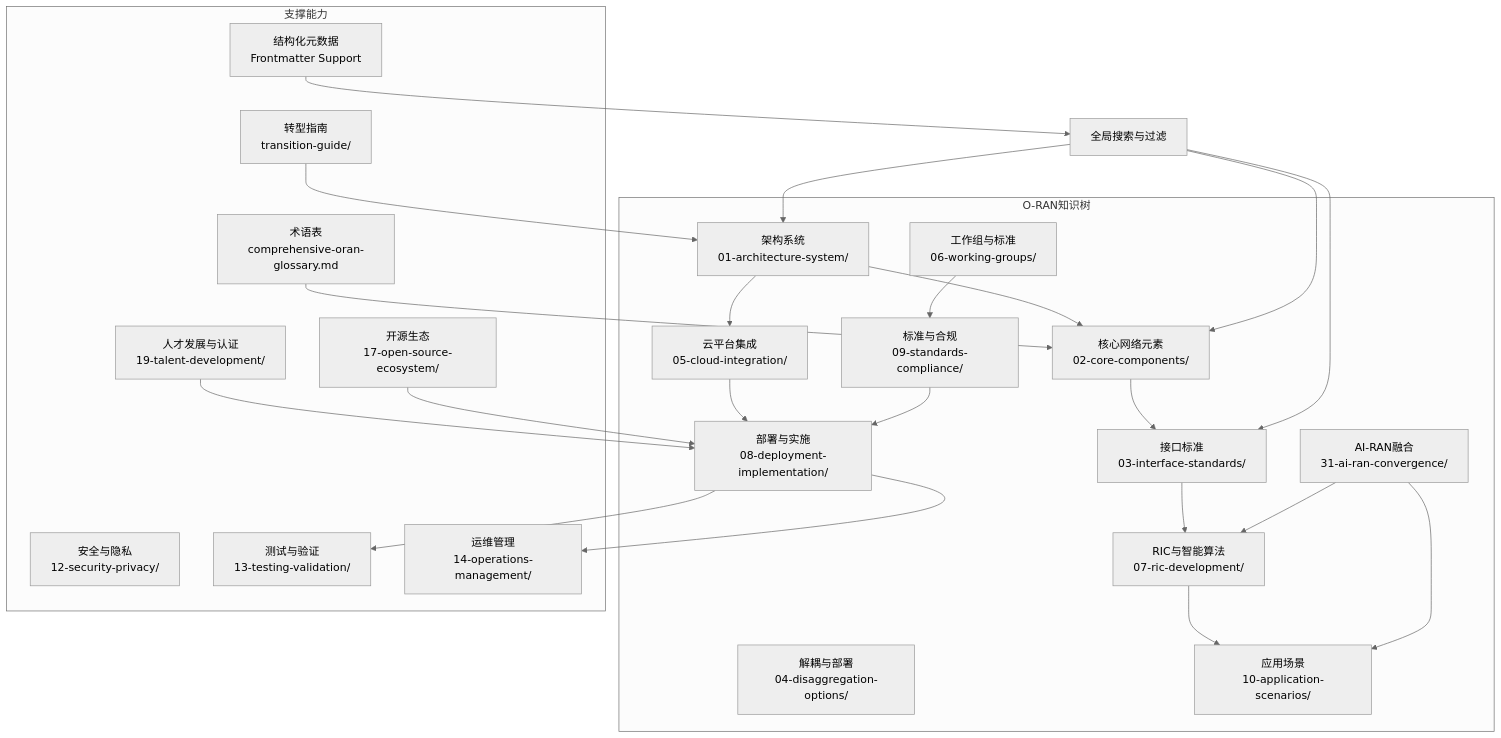
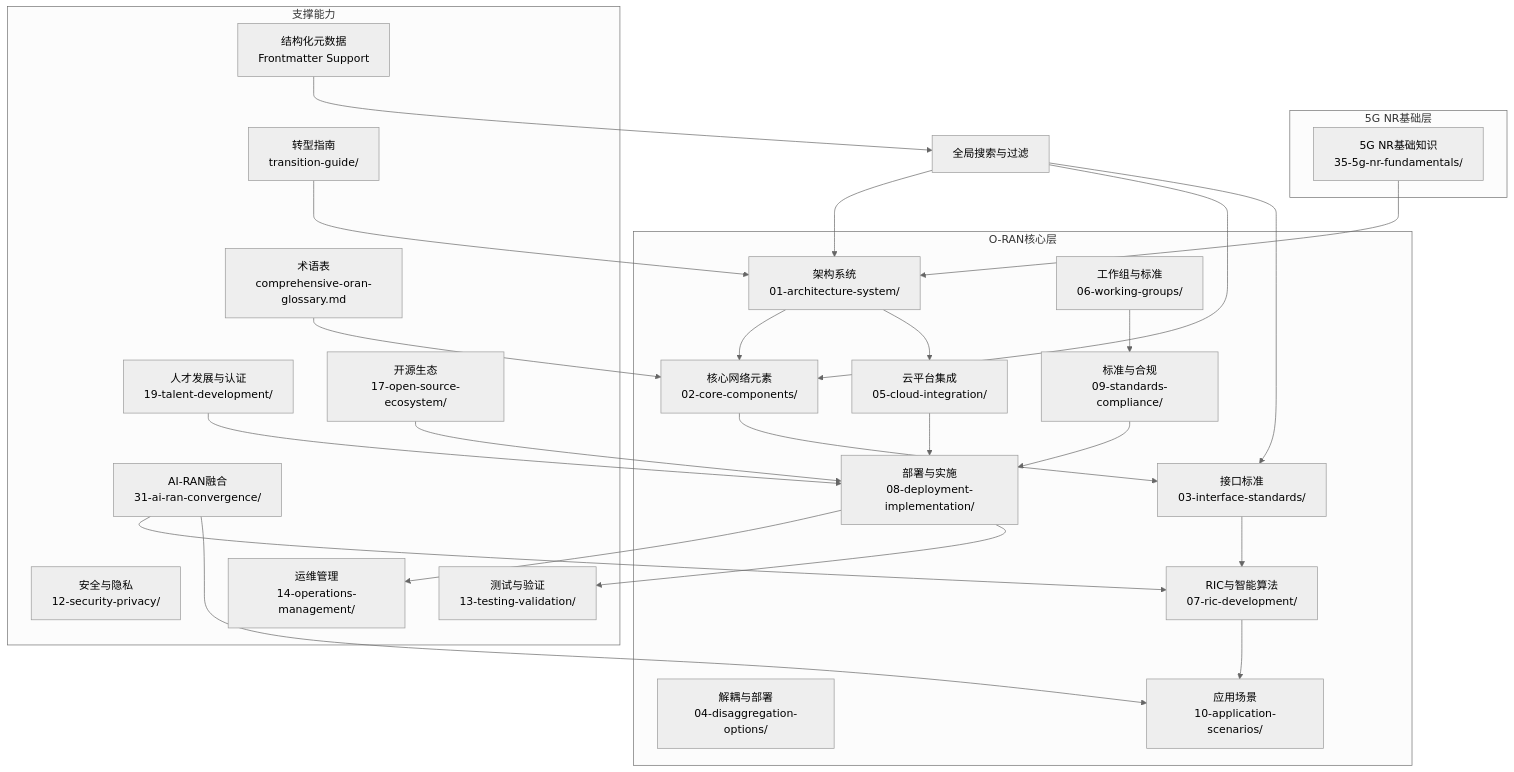
Before and after one commit to allengaller/oran-database: the second of 8 diagrams in .qoder/repowiki/zh/content/项目概述.md, drawn with Mermaid (neutral theme). The commit also changed other lines of this file and 4 other files, not shown here.

````diff
--- a/.qoder/repowiki/zh/content/项目概述.md
+++ b/.qoder/repowiki/zh/content/项目概述.md
@@ -119,46 +130,50 @@
 ```mermaid
 graph TB
-subgraph "O-RAN知识树"
+subgraph "5G NR基础层"
+NR["5G NR基础知识<br/>35-5g-nr-fundamentals/"]
+end
+subgraph "O-RAN核心层"
 Arch["架构系统<br/>01-architecture-system/"]
 Core["核心网络元素<br/>02-core-components/"]
 IF["接口标准<br/>03-interface-standards/"]
 Dis["解耦与部署<br/>04-disaggregation-options/"]
 Cloud["云平台集成<br/>05-cloud-integration/"]
 WG["工作组与标准<br/>06-working-groups/"]
 RIC["RIC与智能算法<br/>07-ric-development/"]
 Impl["部署与实施<br/>08-deployment-implementation/"]
 Std["标准与合规<br/>09-standards-compliance/"]
 App["应用场景<br/>10-application-scenarios/"]
-AIRAN["AI-RAN融合<br/>31-ai-ran-convergence/"]
 end
 subgraph "支撑能力"
 Tal["人才发展与认证<br/>19-talent-development/"]
 Sec["安全与隐私<br/>12-security-privacy/"]
 Test["测试与验证<br/>13-testing-validation/"]
 Ops["运维管理<br/>14-operations-management/"]
 Eco["开源生态<br/>17-open-source-ecosystem/"]
 Gloss["术语表<br/>comprehensive-oran-glossary.md"]
 Trans["转型指南<br/>transition-guide/"]
 Meta["结构化元数据<br/>Frontmatter Support"]
+AIRAN["AI-RAN融合<br/>31-ai-ran-convergence/"]
 end
+NR --> Arch
 Arch --> Core
 Core --> IF
 IF --> RIC
 Arch --> Cloud
 Cloud --> Impl
 Impl --> Ops
 Impl --> Test
 RIC --> App
 Std --> Impl
 WG --> Std
 Tal --> Impl
 Eco --> Impl
 Gloss --> Core
 Trans --> Arch
 Meta --> All["全局搜索与过滤"]
 All --> Arch
 All --> Core
 All --> IF
 AIRAN --> RIC
 AIRAN --> App
 ```
````
